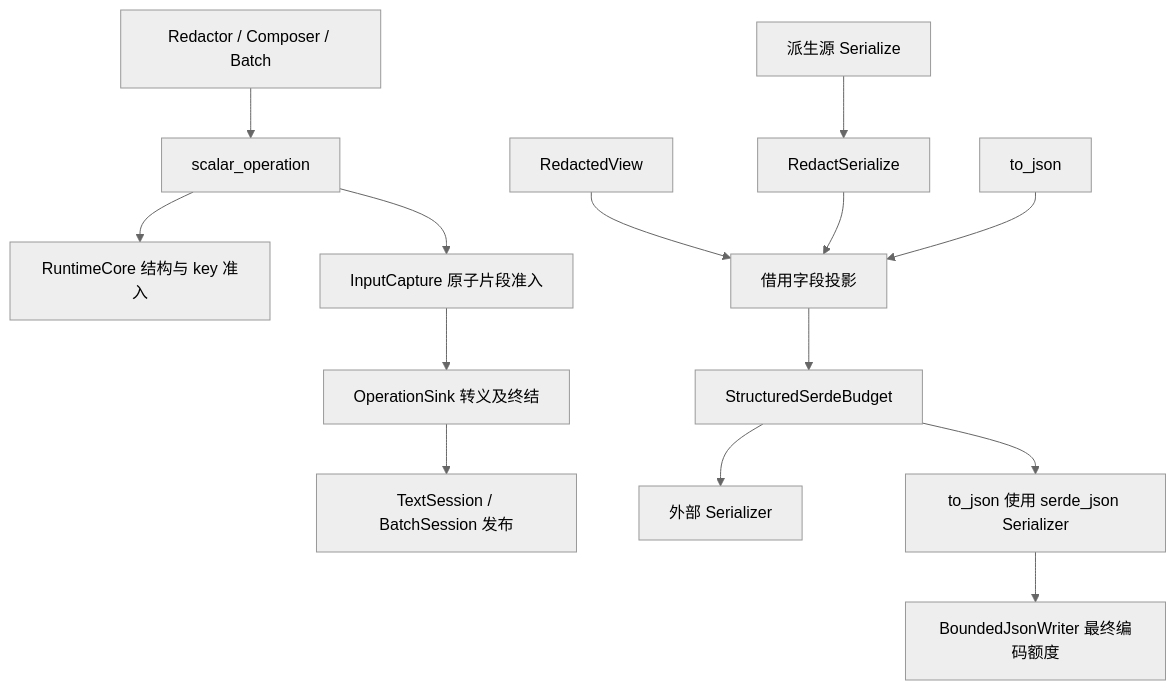
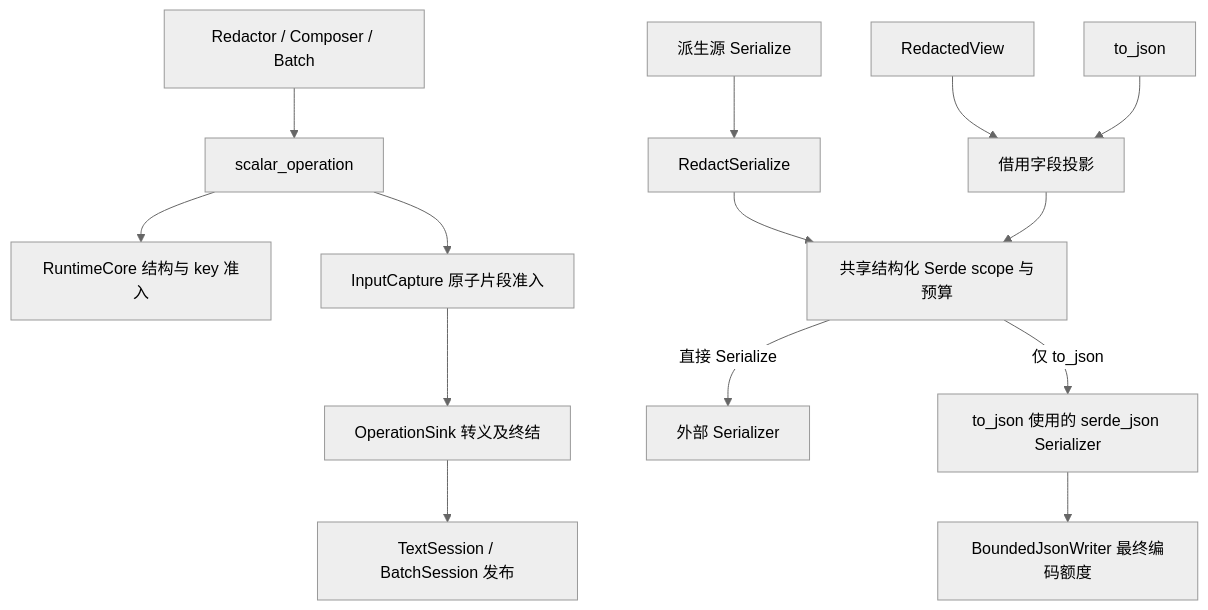
One commit to qubit-ltd/rs-redact changed the diagram in doc/design.zh_CN.md. Above: the diagram before and after it, drawn with Mermaid (neutral theme). The commit also changed 1 other file, not shown here.

Commit message:
docs(serde): correct serialization path diagram

````diff
--- a/doc/design.zh_CN.md
+++ b/doc/design.zh_CN.md
@@ -66,16 +66,16 @@
 ```mermaid
 flowchart TD
     A[Redactor / Composer / Batch] --> S[scalar_operation]
     S --> R[RuntimeCore 结构与 key 准入]
     S --> C[InputCapture 原子片段准入]
     C --> O[OperationSink 转义及终结]
     O --> T[TextSession / BatchSession 发布]
     V[RedactedView] --> P[借用字段投影]
     D[派生源 Serialize] --> H[RedactSerialize]
-    H --> P
-    P --> B[StructuredSerdeBudget]
-    B --> X[外部 Serializer]
+    H --> B[共享结构化 Serde scope 与预算]
+    P --> B
+    B -- 直接 Serialize --> X[外部 Serializer]
     J[to_json] --> P
-    B --> Y[to_json 使用 serde_json Serializer]
+    B -- 仅 to_json --> Y[to_json 使用的 serde_json Serializer]
     Y --> W[BoundedJsonWriter 最终编码额度]
 ```
````
